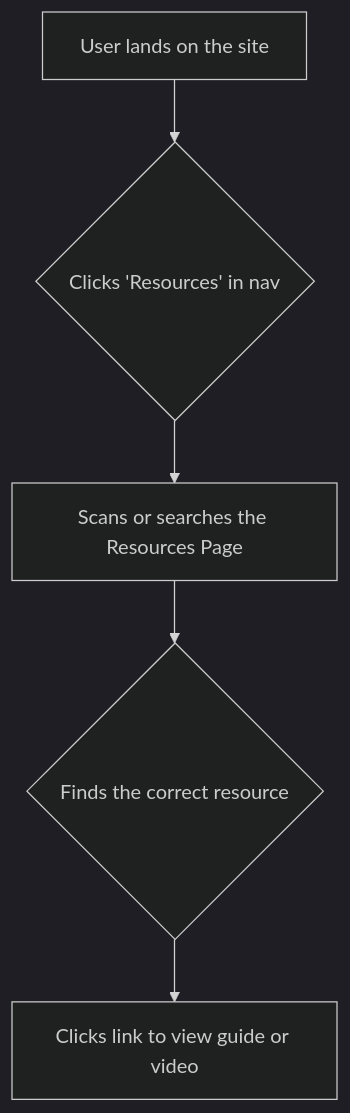
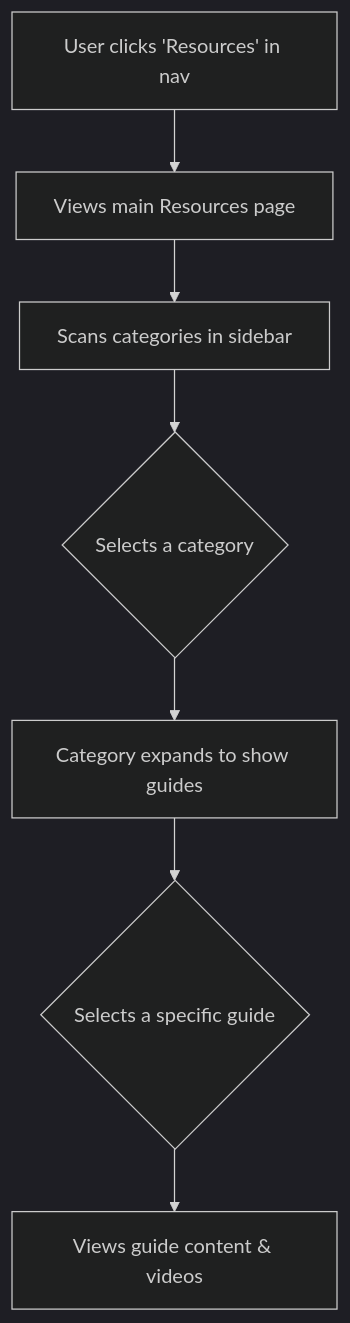
Before and after one commit to ftc-25805/ftc-25805.github.io: the third of 3 diagrams in docs/front-end-spec.md, drawn with Mermaid (dark theme). The commit also changed other lines of this file and 3 other files, not shown here.

````diff
--- a/docs/front-end-spec.md
+++ b/docs/front-end-spec.md
@@ -86,7 +91,9 @@
 ```mermaid
 graph TD
-    A[User lands on the site] --> B{Clicks 'Resources' in nav};
-    B --> C[Scans or searches the Resources Page];
-    C --> D{Finds the correct resource};
-    D --> E[Clicks link to view guide or video];
+    A[User clicks 'Resources' in nav] --> B[Views main Resources page];
+    B --> C[Scans categories in sidebar];
+    C --> D{Selects a category};
+    D --> E[Category expands to show guides];
+    E --> F{Selects a specific guide};
+    F --> G[Views guide content & videos];
 ```
````
